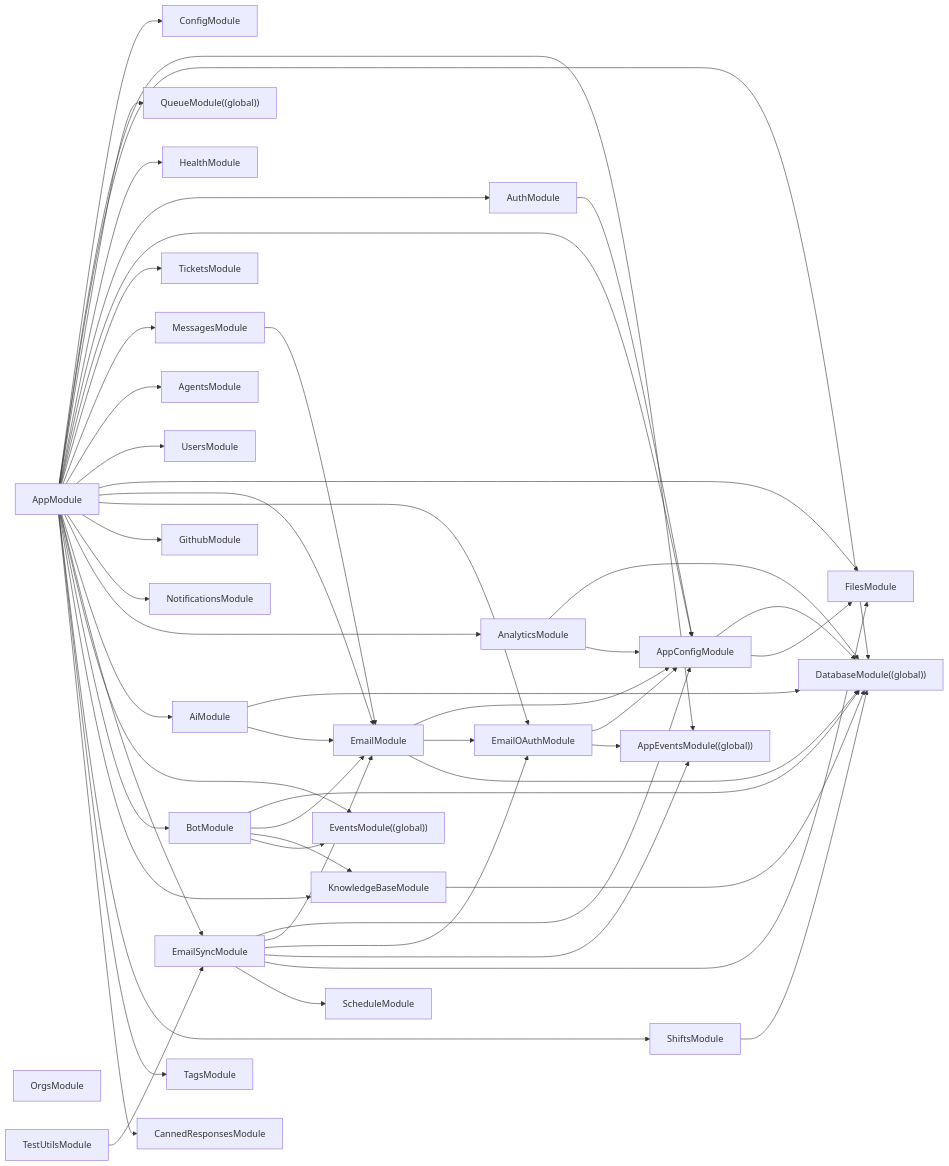
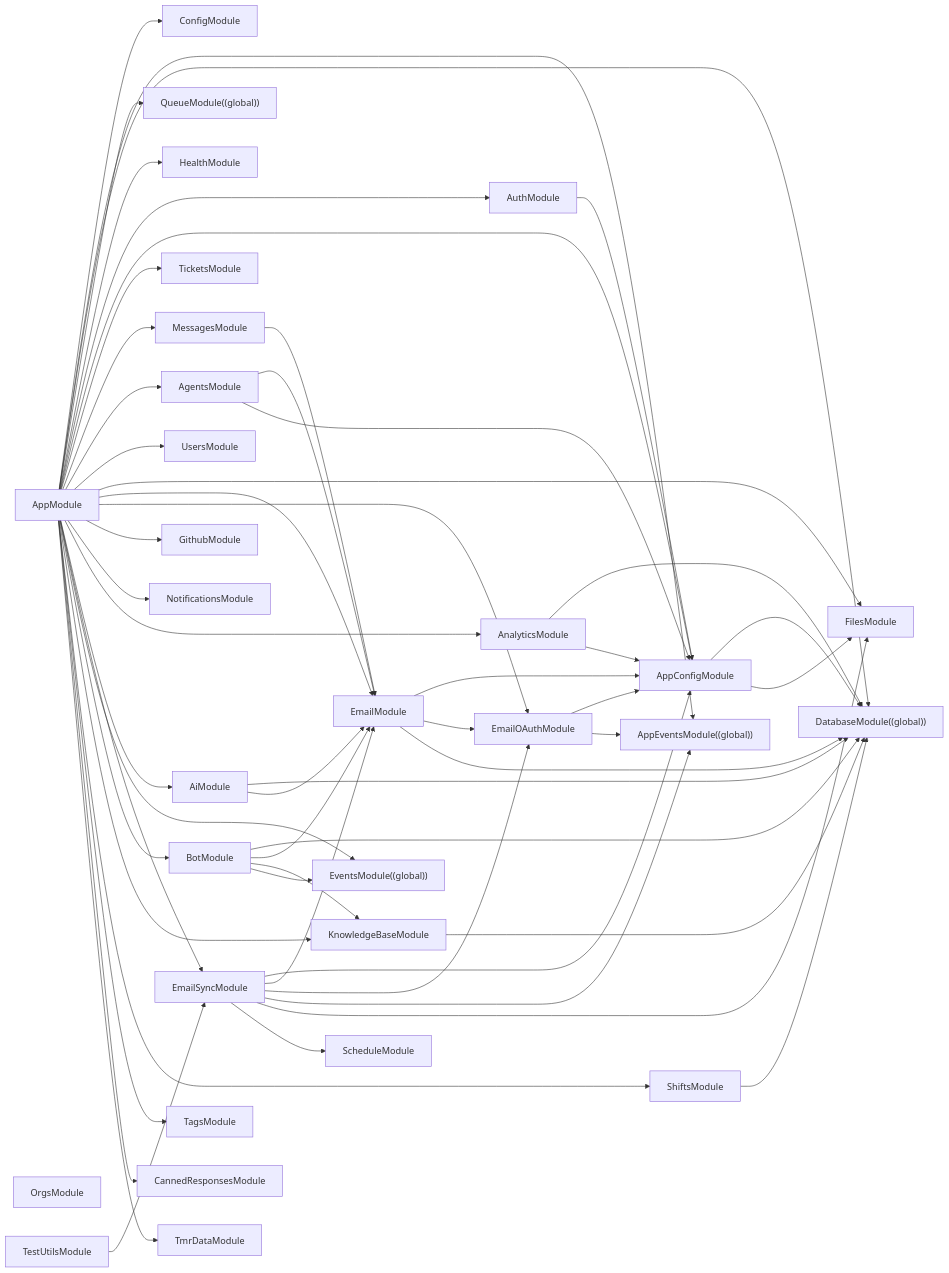
The diagram in docs/atlas/_generated/module-graph.md (Vignesh-Siva96/tmr_athena), drawn with Mermaid before and after one commit. The commit also changed other lines of this file and 134 other files, not shown here.

````diff
--- a/docs/atlas/_generated/module-graph.md
+++ b/docs/atlas/_generated/module-graph.md
@@ -9,68 +9,71 @@
 ```mermaid
 flowchart LR
-  AgentsModule["AgentsModule"]
+  AgentsModule --> EmailModule
+  AgentsModule --> AppConfigModule
   AiModule --> DatabaseModule
   AiModule --> EmailModule
   AnalyticsModule --> DatabaseModule
   AnalyticsModule --> AppConfigModule
   AppConfigModule --> DatabaseModule
   AppConfigModule --> FilesModule
   AppEventsModule["AppEventsModule((global))"]
   AppModule --> ConfigModule
   AppModule --> AppEventsModule
   AppModule --> DatabaseModule
   AppModule --> QueueModule
   AppModule --> HealthModule
   AppModule --> AuthModule
   AppModule --> AppConfigModule
   AppModule --> TicketsModule
   AppModule --> MessagesModule
   AppModule --> AgentsModule
   AppModule --> UsersModule
   AppModule --> FilesModule
   AppModule --> EmailModule
   AppModule --> EmailOAuthModule
   AppModule --> GithubModule
   AppModule --> NotificationsModule
   AppModule --> AnalyticsModule
   AppModule --> AiModule
   AppModule --> EmailSyncModule
   AppModule --> EventsModule
   AppModule --> BotModule
   AppModule --> KnowledgeBaseModule
   AppModule --> ShiftsModule
   AppModule --> TagsModule
   AppModule --> CannedResponsesModule
+  AppModule --> TmrDataModule
   AuthModule --> AppConfigModule
   BotModule --> DatabaseModule
   BotModule --> EmailModule
   BotModule --> KnowledgeBaseModule
   BotModule --> EventsModule
   CannedResponsesModule["CannedResponsesModule"]
   DatabaseModule["DatabaseModule((global))"]
   EmailModule --> AppConfigModule
   EmailModule --> EmailOAuthModule
   EmailModule --> DatabaseModule
   EmailOAuthModule --> AppConfigModule
   EmailOAuthModule --> AppEventsModule
   EmailSyncModule --> AppConfigModule
   EmailSyncModule --> EmailModule
   EmailSyncModule --> EmailOAuthModule
   EmailSyncModule --> AppEventsModule
   EmailSyncModule --> FilesModule
   EmailSyncModule --> ScheduleModule
   EventsModule["EventsModule((global))"]
   FilesModule["FilesModule"]
   GithubModule["GithubModule"]
   HealthModule["HealthModule"]
   KnowledgeBaseModule --> DatabaseModule
   MessagesModule --> EmailModule
   NotificationsModule["NotificationsModule"]
   OrgsModule["OrgsModule"]
   QueueModule["QueueModule((global))"]
   ShiftsModule --> DatabaseModule
   TagsModule["TagsModule"]
   TestUtilsModule --> EmailSyncModule
   TicketsModule["TicketsModule"]
+  TmrDataModule["TmrDataModule"]
   UsersModule["UsersModule"]
 ```
````
